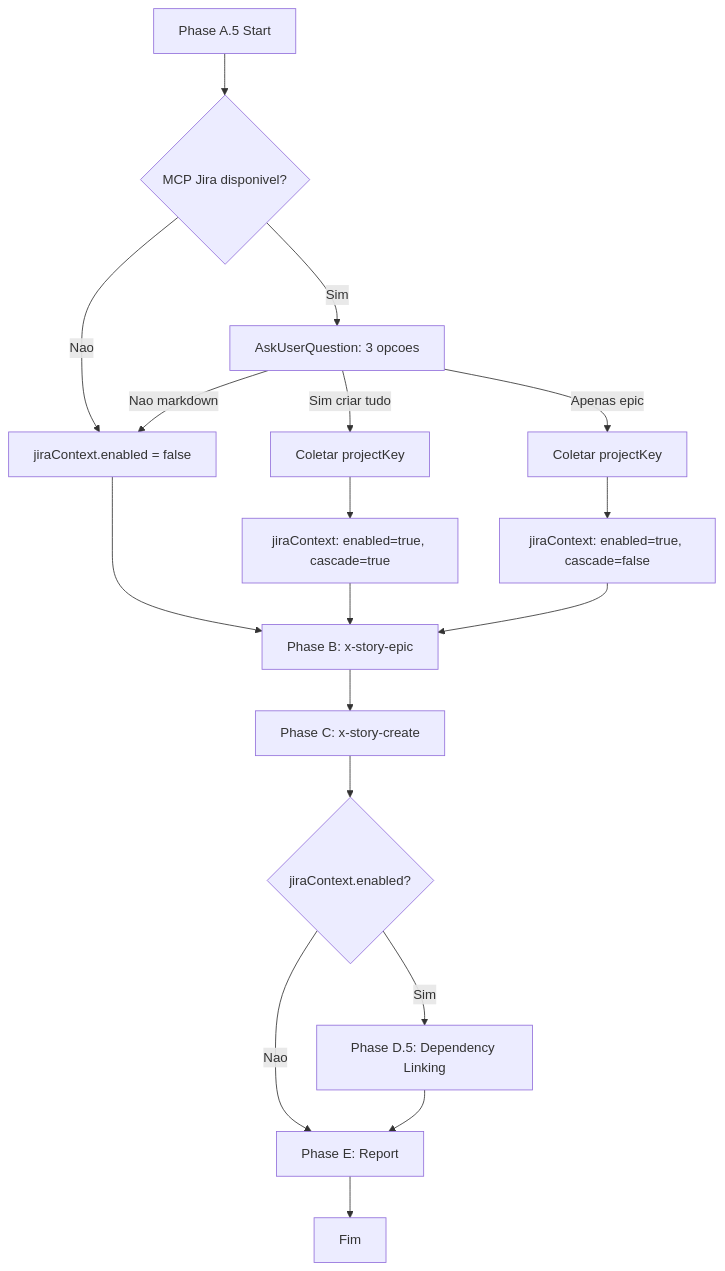
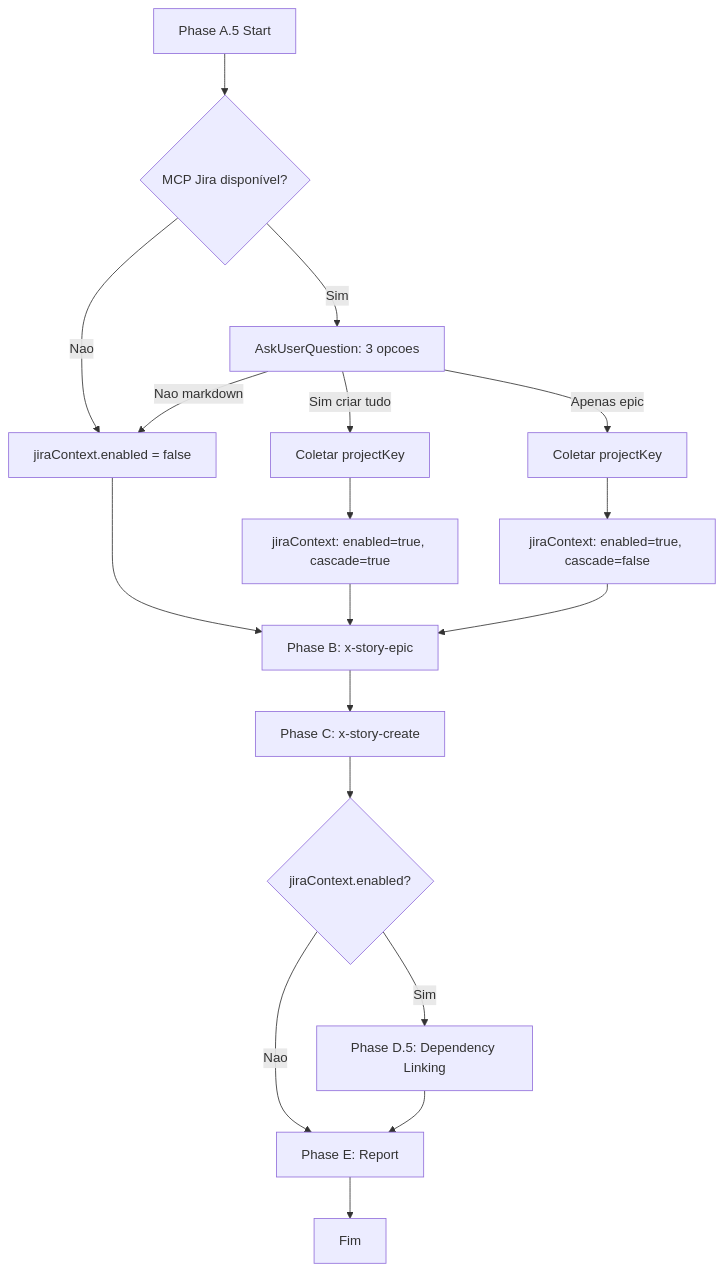
One commit to edercnj/ia-dev-environment changed the second of 2 diagrams in docs/stories/epic-0011/story-0011-0005.md. Above: the diagram before and after it, drawn with Mermaid. The commit also changed other lines of this file and 14 other files, not shown here.

````diff
--- a/docs/stories/epic-0011/story-0011-0005.md
+++ b/docs/stories/epic-0011/story-0011-0005.md
@@ -167,20 +167,20 @@
 ```mermaid
 flowchart TD
-    A[Phase A.5 Start] --> B{MCP Jira disponivel?}
+    A[Phase A.5 Start] --> B{MCP Jira disponível?}
     B -->|Nao| C[jiraContext.enabled = false]
     B -->|Sim| D[AskUserQuestion: 3 opcoes]
     D -->|Sim criar tudo| E[Coletar projectKey]
     D -->|Apenas epic| F[Coletar projectKey]
     D -->|Nao markdown| C
     E --> G[jiraContext: enabled=true, cascade=true]
     F --> H[jiraContext: enabled=true, cascade=false]
     C --> I[Phase B: x-story-epic]
     G --> I
     H --> I
     I --> J[Phase C: x-story-create]
     J --> K{jiraContext.enabled?}
     K -->|Sim| L[Phase D.5: Dependency Linking]
     K -->|Nao| M[Phase E: Report]
     L --> M
     M --> N[Fim]
 ```
````
